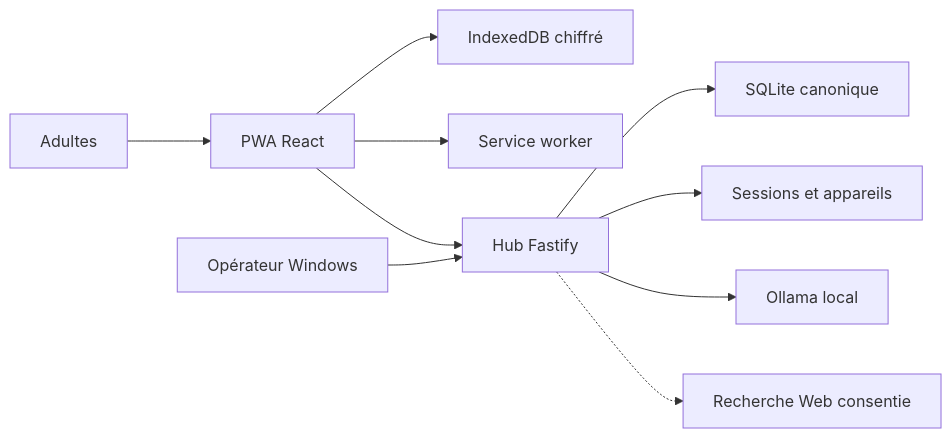
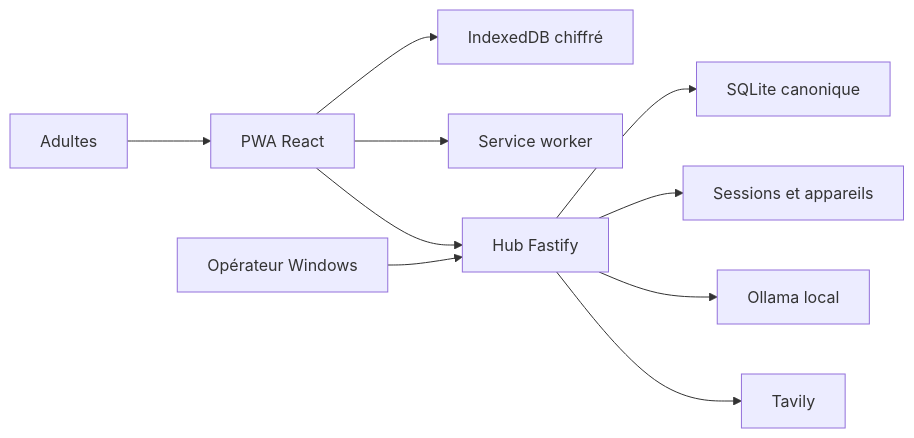
One commit to Sharpsou/friday changed the diagram in docs/friday-threat-model.md. Above: the diagram before and after it, drawn with Mermaid. The commit also changed other lines of this file and 32 other files, not shown here.

````diff
--- a/docs/friday-threat-model.md
+++ b/docs/friday-threat-model.md
@@ -58,12 +59,12 @@
 ```mermaid
 flowchart LR
     U["Adultes"] --> W["PWA React"]
     W --> I["IndexedDB chiffré"]
     W --> S["Service worker"]
     W --> H["Hub Fastify"]
     H --> D["SQLite canonique"]
     H --> A["Sessions et appareils"]
     H --> L["Ollama local"]
-    H -.-> R["Recherche Web consentie"]
+    H --> T["Tavily"]
     O["Opérateur Windows"] --> H
 ```
````
